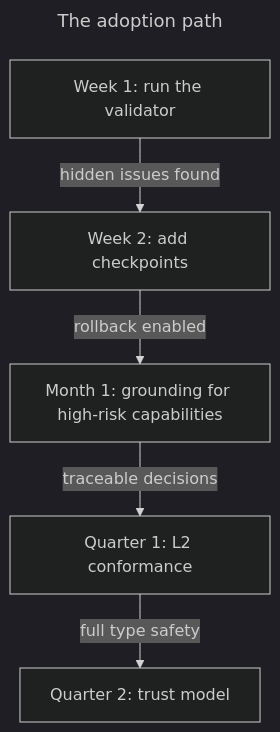
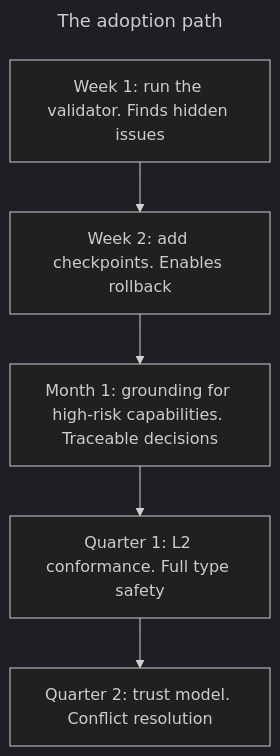
One commit to synaptiai/agent-capability-standard changed the first of 14 diagrams in docs/FAQ.md. Above: the diagram before and after it, drawn with Mermaid (dark theme). The commit also changed other lines of this file, not shown here.

First line of the commit message:
docs: FAQ diagrams carry the qualifiers their lists state

````diff
--- a/docs/FAQ.md
+++ b/docs/FAQ.md
@@ -39,11 +39,11 @@
 ```mermaid
 ---
 title: The adoption path
 ---
 flowchart TB
-  accDescr: Week 1 runs the validator, week 2 adds checkpoints, month 1 adds grounding for high-risk capabilities, quarter 1 reaches L2 conformance, and quarter 2 adds the trust model.
-  w1["Week 1: run the validator"] -->|hidden issues found| w2["Week 2: add checkpoints"]
-  w2 -->|rollback enabled| m1["Month 1: grounding for high-risk capabilities"]
-  m1 -->|traceable decisions| q1["Quarter 1: L2 conformance"]
-  q1 -->|full type safety| q2["Quarter 2: trust model"]
+  accDescr: Week 1 runs the validator on existing workflows and finds hidden issues; week 2 adds checkpoints to mutation-heavy workflows and enables rollback; month 1 adds grounding for high-risk capabilities for traceable decisions; quarter 1 reaches L2 conformance for full type safety; and quarter 2 adds the trust model for conflict resolution.
+  w1["Week 1: run the validator. Finds hidden issues"] --> w2["Week 2: add checkpoints. Enables rollback"]
+  w2 --> m1["Month 1: grounding for high-risk capabilities. Traceable decisions"]
+  m1 --> q1["Quarter 1: L2 conformance. Full type safety"]
+  q1 --> q2["Quarter 2: trust model. Conflict resolution"]
 ```
````
